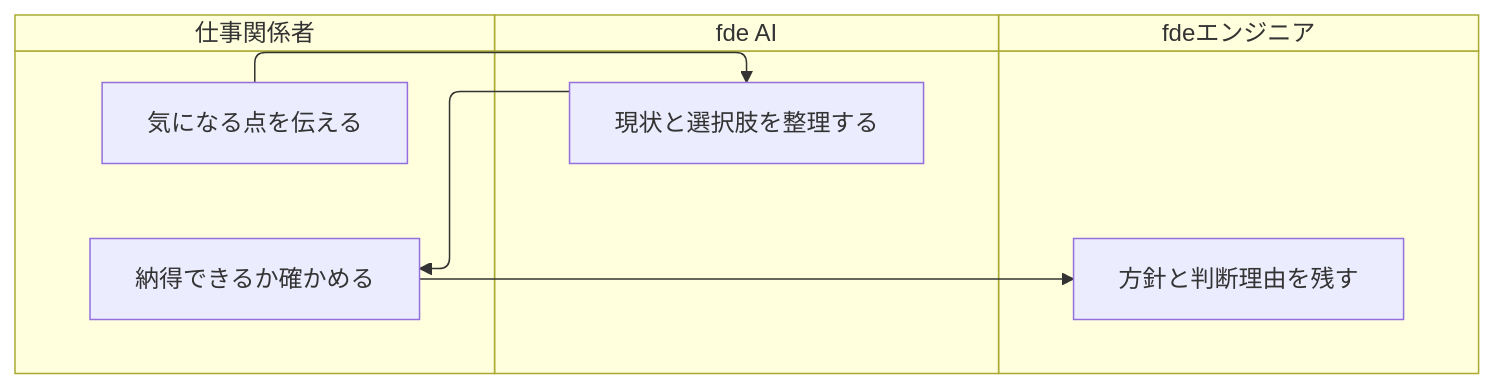
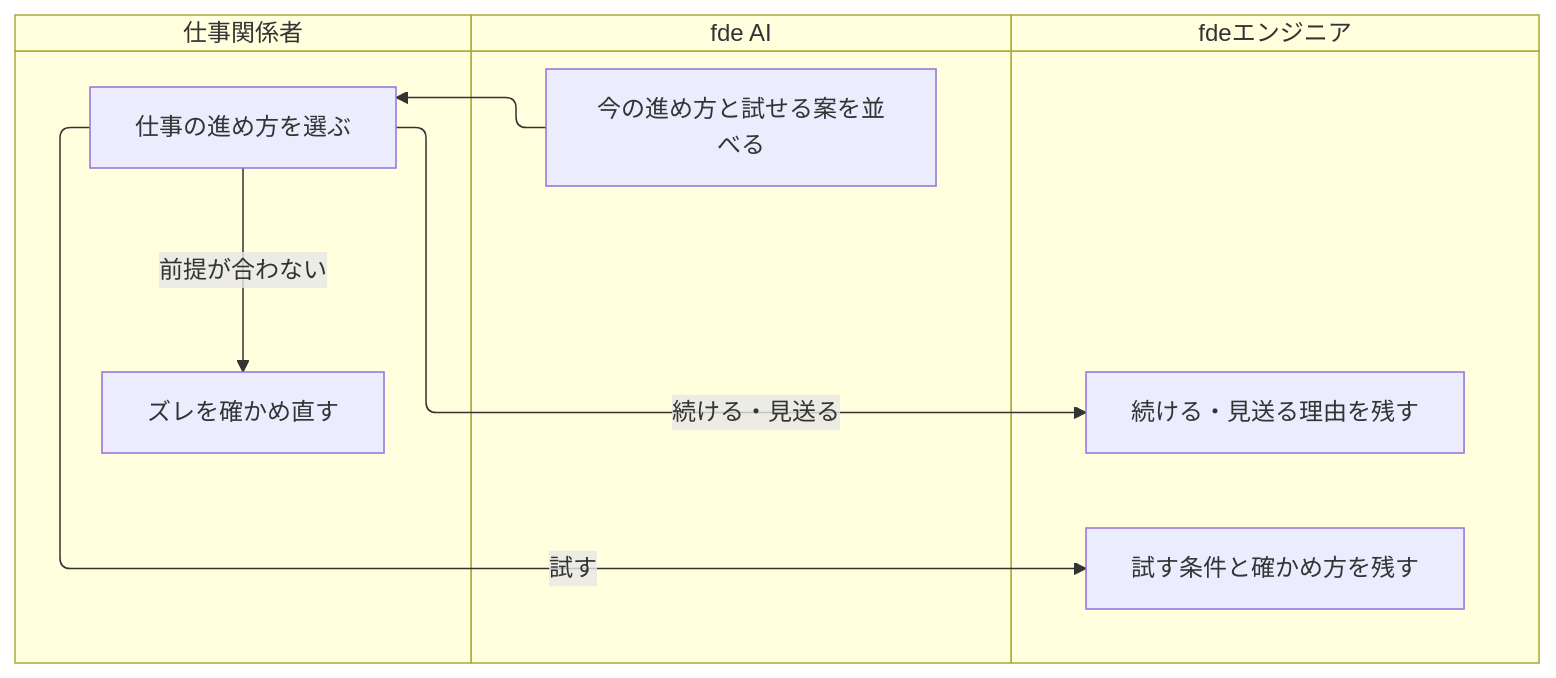
Before and after one commit to maakbo/fde: the second of 2 diagrams in experiments/fde-product-pivot/visualization/work/decide/README.md, drawn with Mermaid. The commit also changed other lines of this file and 6 other files, not shown here.

````diff
--- a/experiments/fde-product-pivot/visualization/work/decide/README.md
+++ b/experiments/fde-product-pivot/visualization/work/decide/README.md
@@ -50,15 +58,19 @@
 ```mermaid
 swimlane-beta TB
-  %% 展開対象: b_decide。仕事関係者の確認を飛ばさない。
+  %% 手順は上から下。誰が判断し、どこで情報を受け渡すかを示す。
   subgraph people [仕事関係者]
-    ask["気になる点を伝える"]
-    check["納得できるか確かめる"]
+    choose["仕事の進め方を選ぶ"]
+    recheck["ズレを確かめ直す"]
   end
-  subgraph assistant_role [fde AI]
-    prepare["現状と選択肢を整理する"]
+  subgraph ai [fde AI]
+    options["今の進め方と試せる案を並べる"]
   end
   subgraph engineer [fdeエンジニア]
-    record["方針と判断理由を残す"]
+    trial["試す条件と確かめ方を残す"]
+    keep["続ける・見送る理由を残す"]
   end
-  ask --> prepare --> check --> record
+  options --> choose
+  choose -->|試す| trial
+  choose -->|続ける・見送る| keep
+  choose -->|前提が合わない| recheck
 ```
````
